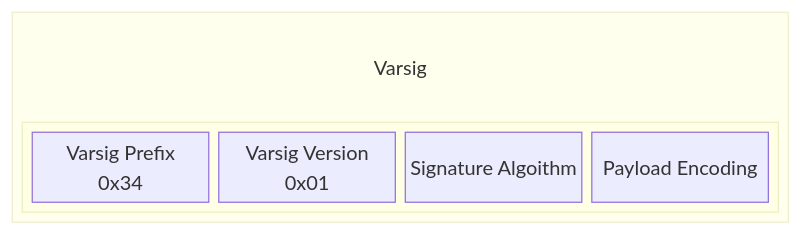
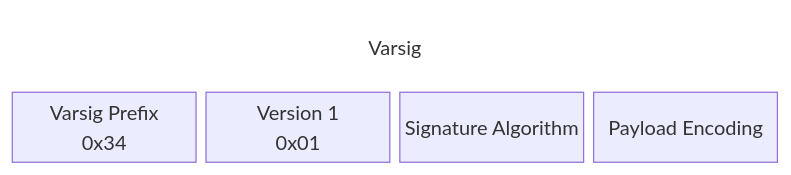
Before and after one commit to ChainAgnostic/varsig: the first of 3 diagrams in README.md, drawn with Mermaid. The commit also changed other lines of this file and 1 other file, not shown here.

````diff
--- a/README.md
+++ b/README.md
@@ -242,21 +243,12 @@
 ``` mermaid
 block-beta
-    columns 1
+    columns 4
 
-    block
-        columns 1
-
-        Varsig
-
-        block 
-            columns 4
-
-            VarsigPrefix["Varsig Prefix\n0x34"]
-            version["Varsig Version\n0x01"]
-            SigDetails["Signature Algoithm"]
-            Encoding["Payload Encoding"]
-        end
-    end
+    Varsig:4
+    prefix["Varsig Prefix\n0x34"]
+    version["Version 1\n0x01"]                
+    SigDetails["Signature Algorithm"]
+    Encoding["Payload Encoding"]
 
     style Varsig fill:none;stroke:none;
 ```
````
